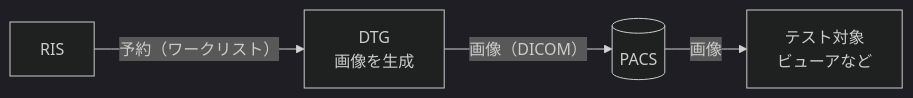
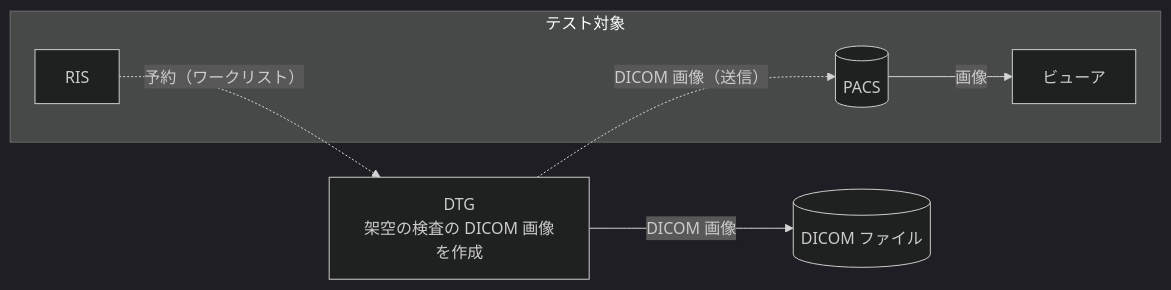
One commit to jeysunit/dicom-test-generator changed the diagram in README.md. Above: the diagram before and after it, drawn with Mermaid (dark theme). The commit also changed other lines of this file and 1 other file, not shown here.

Commit message:
docs: 概要と目的を「DICOM 画像の作成」を主に書き直す
README の概要と project_charter.md の目的を、架空の患者の架空の検査の DICOM 画像を
作成することを主な機能とし、送信・ワークリスト・保管確認・MPPS・画面を補助の機能と
する形に書き直した。README の概要図も、作成を中心にし、補助の機能を点線で描いた。

Claude-Session: https://claude.ai/code/session_01DcA3jMCoXaGxhZmortBwLG

````diff
--- a/README.md
+++ b/README.md
@@ -10,6 +13,15 @@
 ```mermaid
 flowchart LR
-  RIS["RIS"] -->|"予約（ワークリスト）"| DTG["DTG<br/>画像を生成"]
-  DTG -->|"画像（DICOM）"| PACS[("PACS")]
-  PACS -->|"画像"| VIEWER["テスト対象<br/>ビューアなど"]
+  DTG["DTG<br/>架空の検査の DICOM 画像を作成"]
+  FILES[("DICOM ファイル")]
+  subgraph TARGET["テスト対象"]
+    PACS[("PACS")]
+    RIS["RIS"]
+    VIEWER["ビューア"]
+  end
+
+  DTG -->|"DICOM 画像"| FILES
+  DTG -.->|"DICOM 画像（送信）"| PACS
+  RIS -.->|"予約（ワークリスト）"| DTG
+  PACS -->|"画像"| VIEWER
 ```
````
